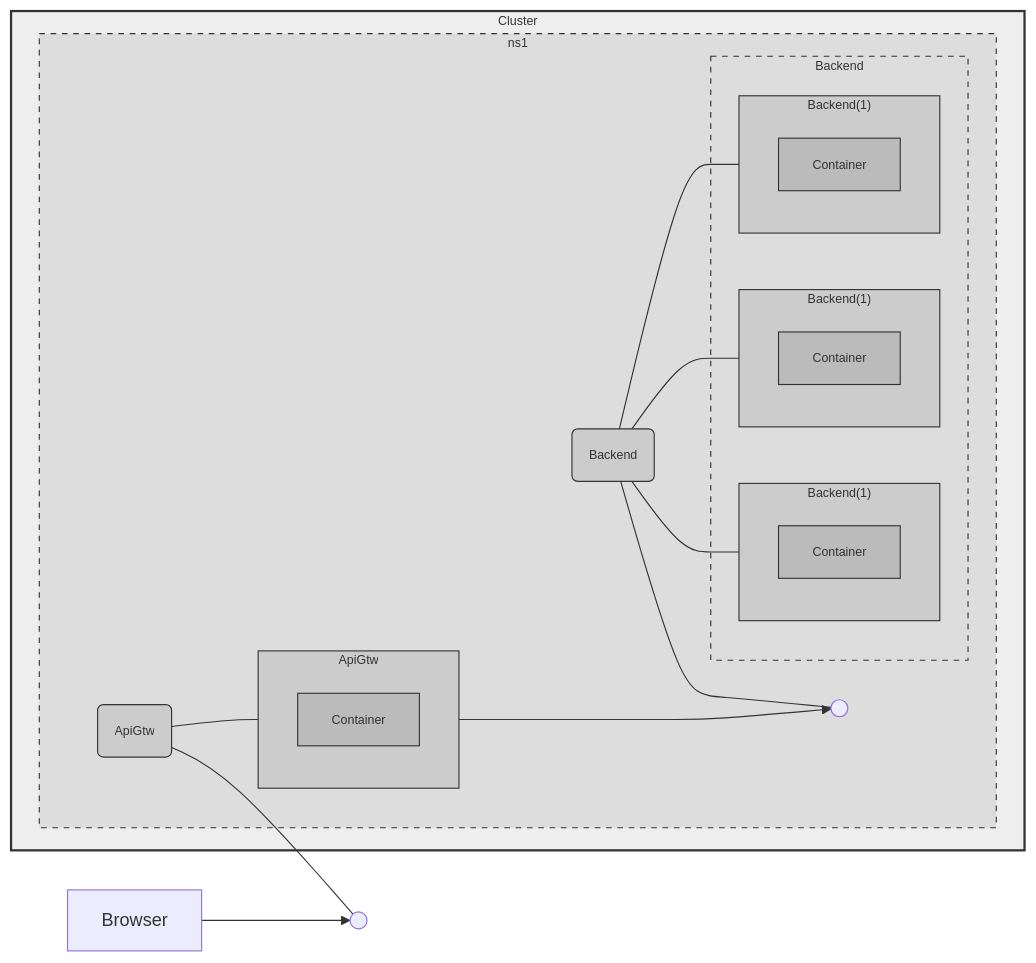
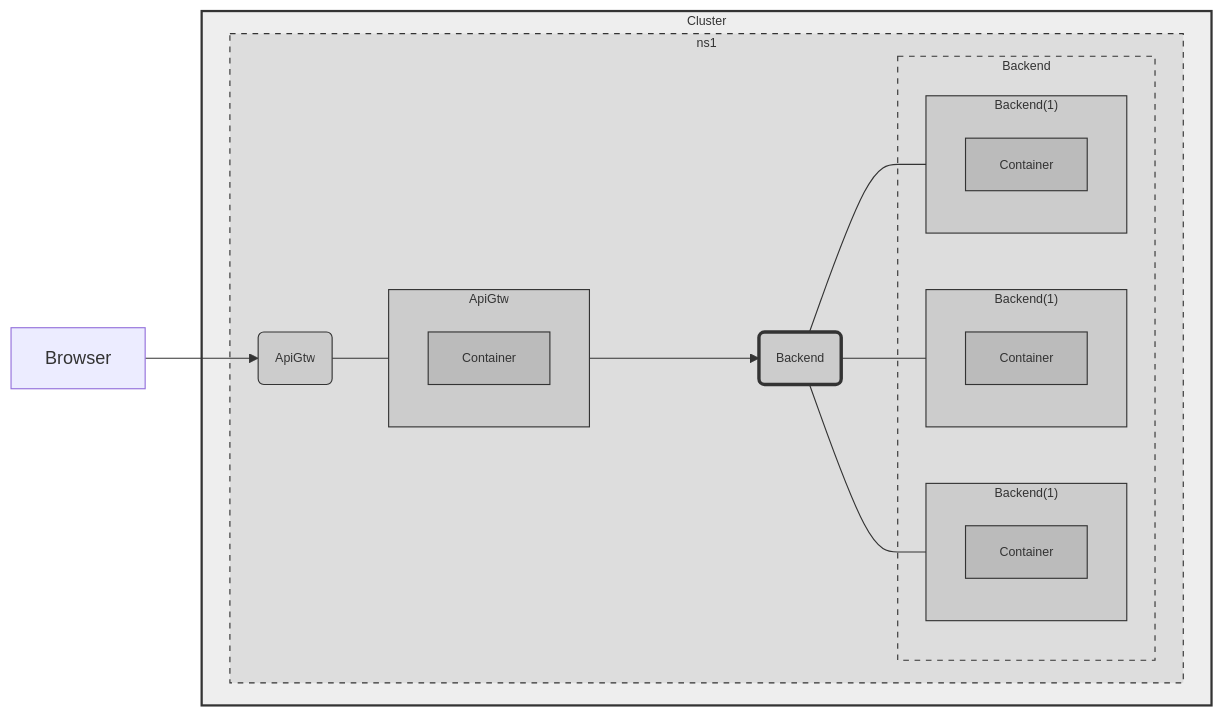
Before and after one commit to tonitienda/k8s-showcase: the fifth of 5 diagrams in demo-script.md, drawn with Mermaid. The commit also changed other lines of this file, not shown here.

Commit message:
chore: simplify diagrams in demo script

````diff
--- a/demo-script.md
+++ b/demo-script.md
@@ -233,70 +225,66 @@
 ```mermaid
 flowchart LR
 
 Browser
 
-ApiGtwEndPoint((" "))
-
 subgraph Cluster
 
     subgraph NS1[ns1]
-
-        BackendEndPoint((" "))
         
         subgraph ApiGtw
             Container1[Container]
         end
 
         subgraph Backend
             subgraph Backend1["Backend(1)"]
                 Container1_1[Container]
             end
             subgraph Backend2["Backend(1)"]
                 Container1_2[Container]
             end
             subgraph Backend3["Backend(1)"]
                 Container1_3[Container]
             end
         end
 
         ApiGtwSvc(ApiGtw)
         BackendSvc(Backend)
     end
 end
 
 ApiGtwSvc --- ApiGtw
-ApiGtwSvc --- ApiGtwEndPoint
-Browser --> ApiGtwEndPoint
+Browser --> ApiGtwSvc
 
 BackendSvc --- Backend1
 BackendSvc --- Backend2
 BackendSvc --- Backend3
-BackendSvc --- BackendEndPoint
-ApiGtw ----> BackendEndPoint
+ApiGtw ----> BackendSvc
 
 classDef Physical fill:#eee,stroke:#333,stroke-width:2px,color:#333,font-size:11px;
 
 classDef Logical fill:#ddd,stroke:#333,stroke-width:1px,color:#333,font-size:11px,stroke-dasharray: 5, 5;
 
 classDef Pod fill:#ccc,stroke:#333,stroke-width:1px,color:#333,font-size:11px;
 
 classDef Container fill:#bbb,stroke:#333,stroke-width:1px,color:#333,font-size:11px;
 
+classDef PublicService fill:#ccc,stroke:#333,stroke-width:1px,color:#333,font-size:11px;
 
-classDef Service fill:#ccc,stroke:#333,stroke-width:1px,color:#333,font-size:11px;
+
+classDef PrivateService fill:#ccc,stroke:#333,stroke-width:3px,color:#333,font-size:11px;
 
 
 class Cluster Physical
 class NS1 Logical
 class Backend Logical
 class ApiGtw Pod
 class Backend1 Pod
 class Backend2 Pod
 class Backend3 Pod
 class Container1 Container
 class Container1_1 Container
 class Container1_2 Container
 class Container1_3 Container
-class ApiGtwSvc Service
-class BackendSvc Service
+class ApiGtwSvc PublicService
+class BackendSvc PrivateService
 ```
````
